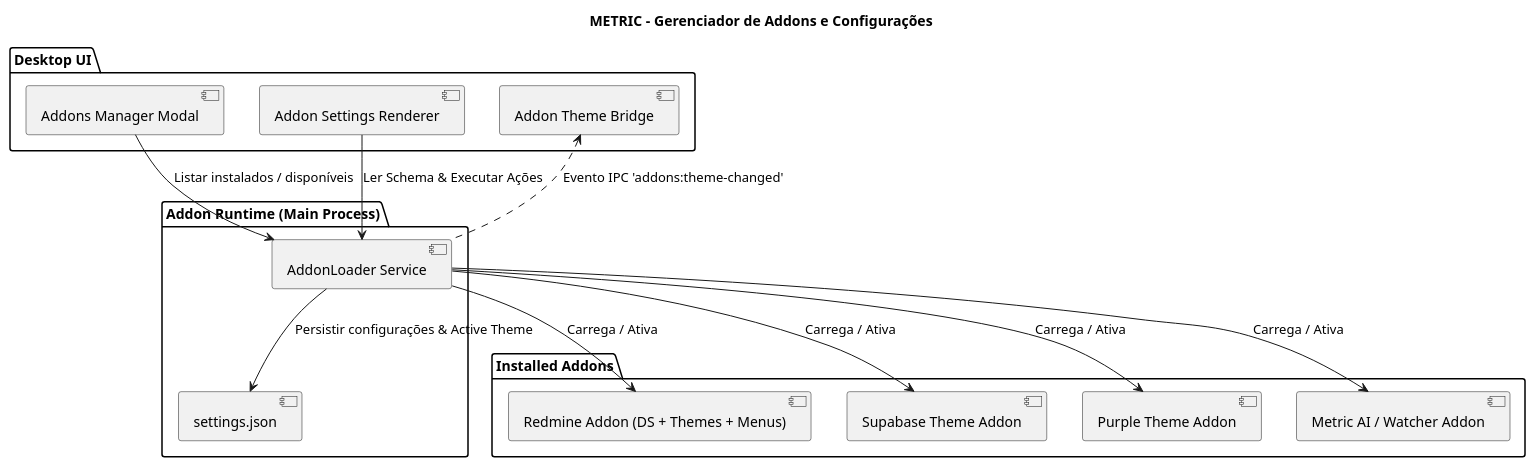
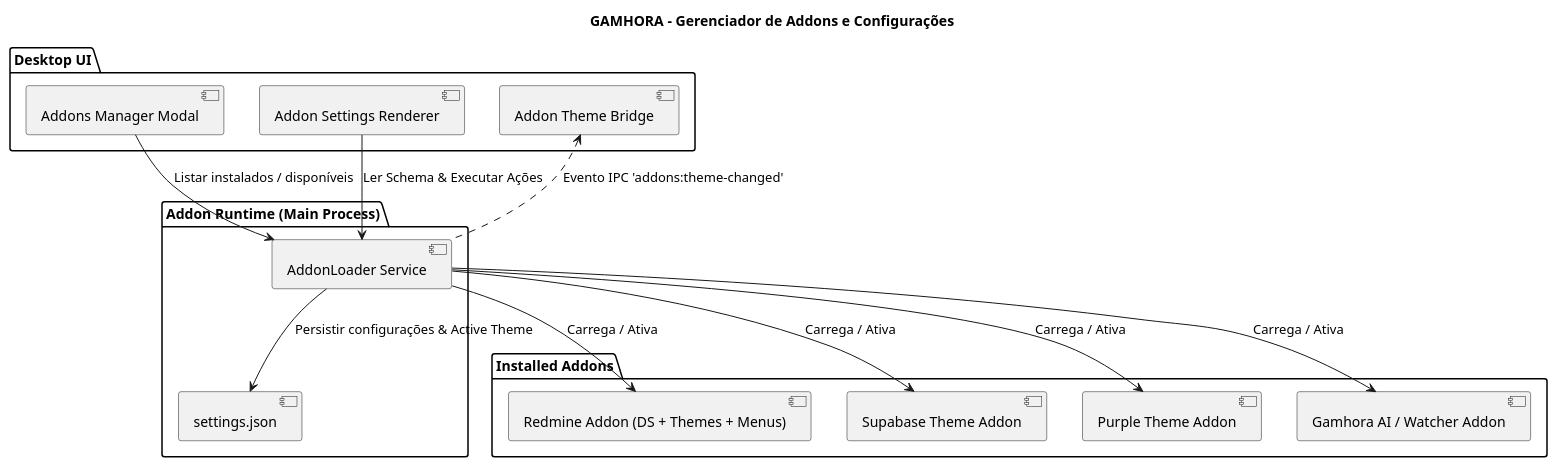
The diagram in docs/srs/diagrams/puml/component/diagram-component-002-addons-market.puml (Gustavohps10/gamhora), drawn with PlantUML before and after one commit. The commit also changed 323 other files, not shown here.

Commit message:
feat(core): rebrand from Metric to Gamhora, setup typecheck pipeline and strict typings

```diff
--- a/docs/srs/diagrams/puml/component/diagram-component-002-addons-market.puml
+++ b/docs/srs/diagrams/puml/component/diagram-component-002-addons-market.puml
@@ -1,31 +1,31 @@
 @startuml ComponentAddonsMarket
-title METRIC - Gerenciador de Addons e Configurações
+title GAMHORA - Gerenciador de Addons e Configurações
 
 package "Desktop UI" {
     component [Addons Manager Modal] as ManagerModal
     component [Addon Settings Renderer] as SettingsRenderer
     component [Addon Theme Bridge] as ThemeBridge
 }
 
 package "Addon Runtime (Main Process)" {
     component [AddonLoader Service] as Loader
     database [settings.json] as LocalSettings
 }
 
 package "Installed Addons" {
     [Redmine Addon (DS + Themes + Menus)] as RedmineAddon
     [Supabase Theme Addon] as SupabaseAddon
     [Purple Theme Addon] as PurpleAddon
-    [Metric AI / Watcher Addon] as AIAddon
+    [Gamhora AI / Watcher Addon] as AIAddon
 }
 
 ManagerModal --> Loader : Listar instalados / disponíveis
 SettingsRenderer --> Loader : Ler Schema & Executar Ações
 Loader --> LocalSettings : Persistir configurações & Active Theme
 ThemeBridge <.. Loader : Evento IPC 'addons:theme-changed'
 
 Loader --> RedmineAddon : Carrega / Ativa
 Loader --> SupabaseAddon : Carrega / Ativa
 Loader --> PurpleAddon : Carrega / Ativa
 Loader --> AIAddon : Carrega / Ativa
 @enduml
```
